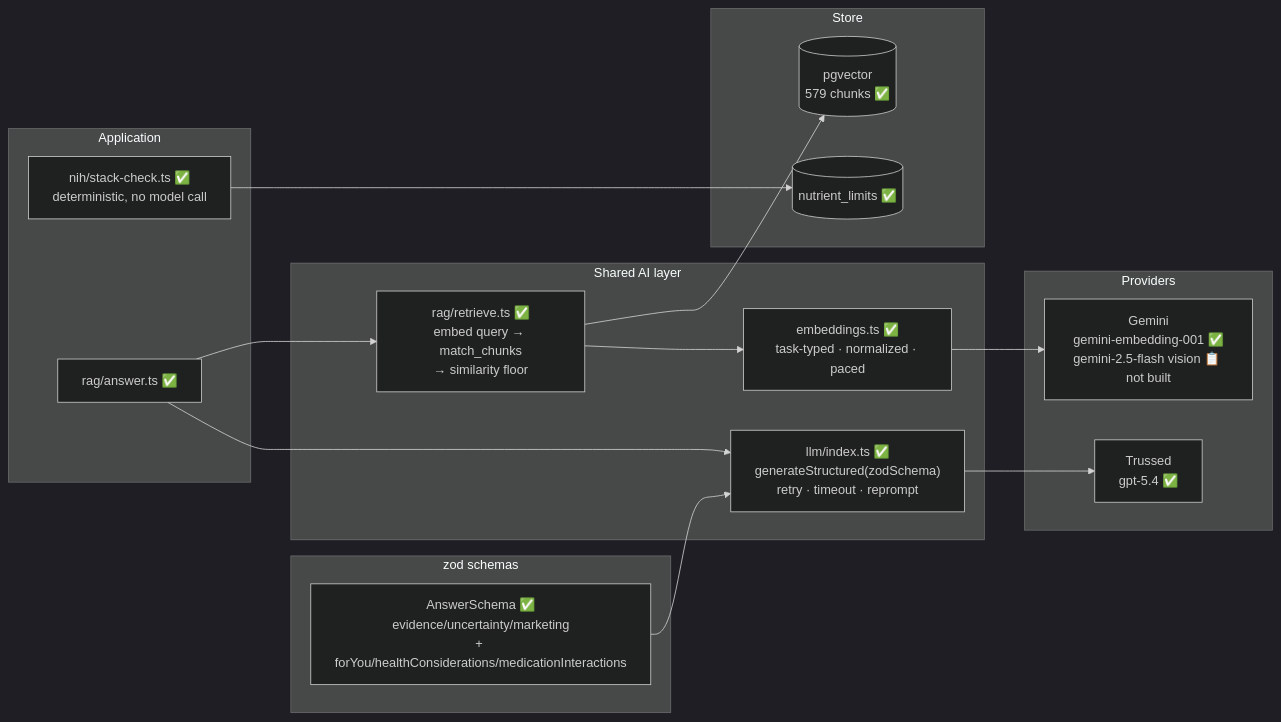
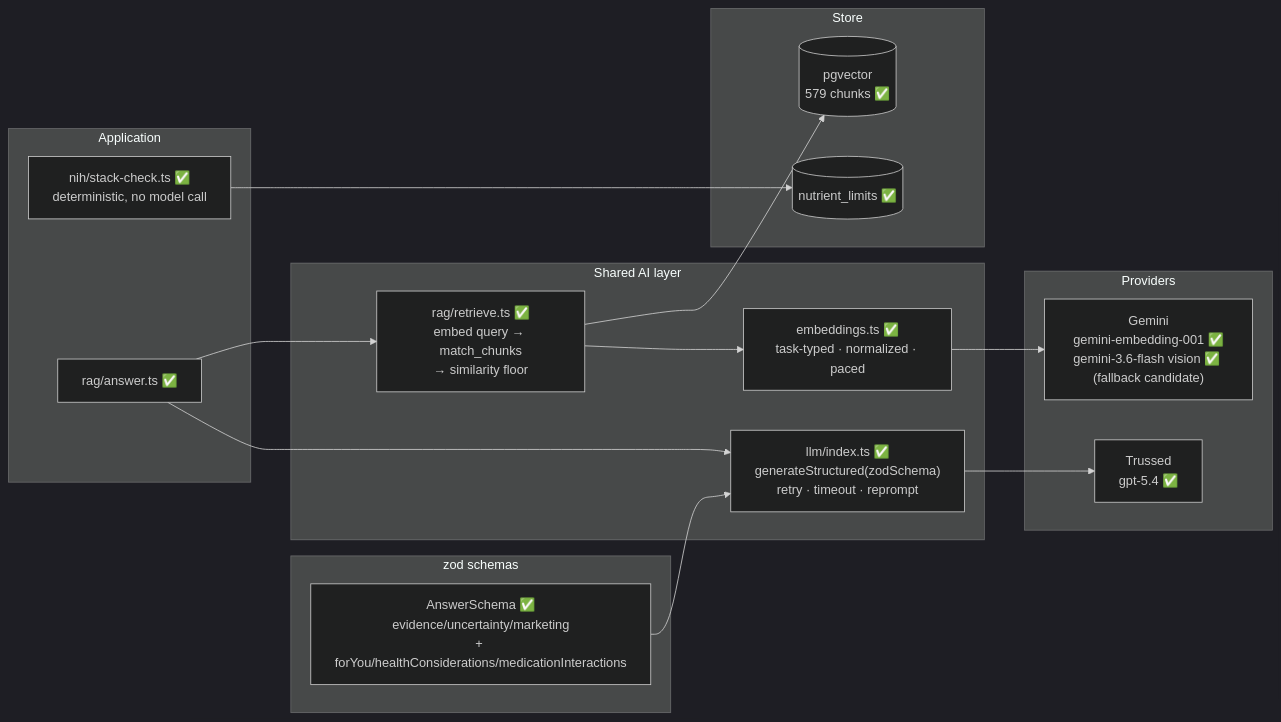
One commit to notypos/buildphase-notypos-deploy changed the seventh of 8 diagrams in design.md. Above: the diagram before and after it, drawn with Mermaid (dark theme). The commit also changed other lines of this file and 25 other files, not shown here.

````diff
--- a/design.md
+++ b/design.md
@@ -482,33 +596,33 @@
 ```mermaid
 graph LR
     subgraph app["Application"]
         ASK["rag/answer.ts ✅"]
         NIH["nih/stack-check.ts ✅<br/>deterministic, no model call"]
     end
 
     subgraph shared["Shared AI layer"]
         RET["rag/retrieve.ts ✅<br/>embed query → match_chunks<br/>→ similarity floor"]
         GEN["llm/index.ts ✅<br/>generateStructured(zodSchema)<br/>retry · timeout · reprompt"]
         EMBED["embeddings.ts ✅<br/>task-typed · normalized · paced"]
     end
 
     subgraph schemas["zod schemas"]
         S1["AnswerSchema ✅<br/>evidence/uncertainty/marketing<br/>+ forYou/healthConsiderations/medicationInteractions"]
     end
 
     subgraph providers["Providers"]
-        G["Gemini<br/>gemini-embedding-001 ✅<br/>gemini-2.5-flash vision 📋 not built"]
+        G["Gemini<br/>gemini-embedding-001 ✅<br/>gemini-3.6-flash vision ✅ (fallback candidate)"]
         T["Trussed<br/>gpt-5.4 ✅"]
     end
 
     subgraph store["Store"]
         V[("pgvector<br/>579 chunks ✅")]
         NL[("nutrient_limits ✅")]
     end
 
     ASK --> RET --> EMBED --> G
     RET --> V
     ASK --> GEN --> T
     NIH --> NL
     S1 --> GEN
 ```
````
